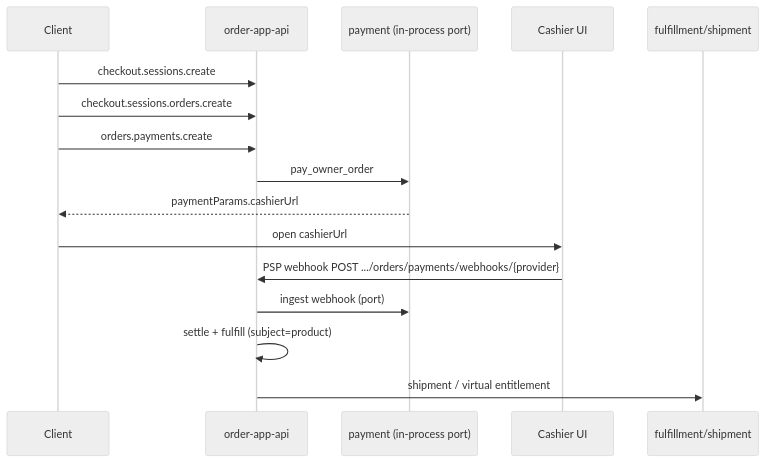
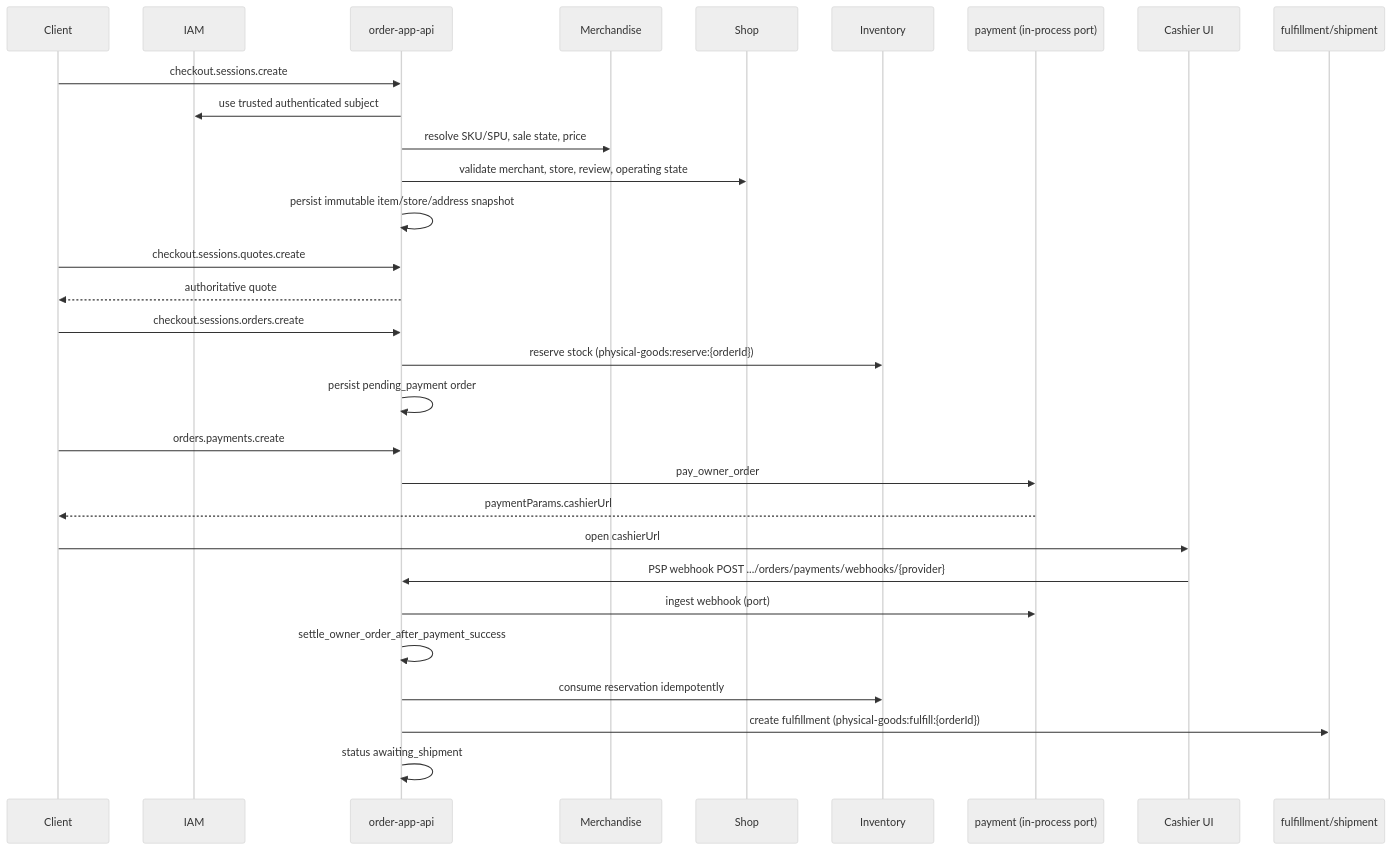
One commit to Sdkwork-Cloud/sdkwork-order changed the first of 4 diagrams in docs/architecture/commerce/COMMERCE_CHECKOUT_ARCHITECTURE.md. Above: the diagram before and after it, drawn with Mermaid (neutral theme). The commit also changed other lines of this file and 25 other files, not shown here.

````diff
--- a/docs/architecture/commerce/COMMERCE_CHECKOUT_ARCHITECTURE.md
+++ b/docs/architecture/commerce/COMMERCE_CHECKOUT_ARCHITECTURE.md
@@ -21,19 +26,33 @@
 ```mermaid
 sequenceDiagram
     participant Client
+    participant IAM
     participant Order as order-app-api
+    participant Merchandise
+    participant Shop
+    participant Inventory
     participant Payment as payment (in-process port)
     participant Cashier as Cashier UI
     participant Fulfill as fulfillment/shipment
 
     Client->>Order: checkout.sessions.create
+    Order->>IAM: use trusted authenticated subject
+    Order->>Merchandise: resolve SKU/SPU, sale state, price
+    Order->>Shop: validate merchant, store, review, operating state
+    Order->>Order: persist immutable item/store/address snapshot
+    Client->>Order: checkout.sessions.quotes.create
+    Order-->>Client: authoritative quote
     Client->>Order: checkout.sessions.orders.create
+    Order->>Inventory: reserve stock (physical-goods:reserve:{orderId})
+    Order->>Order: persist pending_payment order
     Client->>Order: orders.payments.create
     Order->>Payment: pay_owner_order
     Payment-->>Client: paymentParams.cashierUrl
     Client->>Cashier: open cashierUrl
     Cashier->>Order: PSP webhook POST .../orders/payments/webhooks/{provider}
     Order->>Payment: ingest webhook (port)
-    Order->>Order: settle + fulfill (subject=product)
-    Order->>Fulfill: shipment / virtual entitlement
+    Order->>Order: settle_owner_order_after_payment_success
+    Order->>Inventory: consume reservation idempotently
+    Order->>Fulfill: create fulfillment (physical-goods:fulfill:{orderId})
+    Order->>Order: status awaiting_shipment
 ```
````
